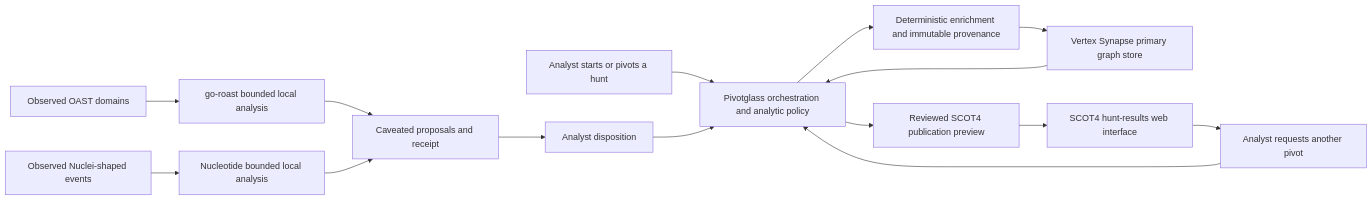
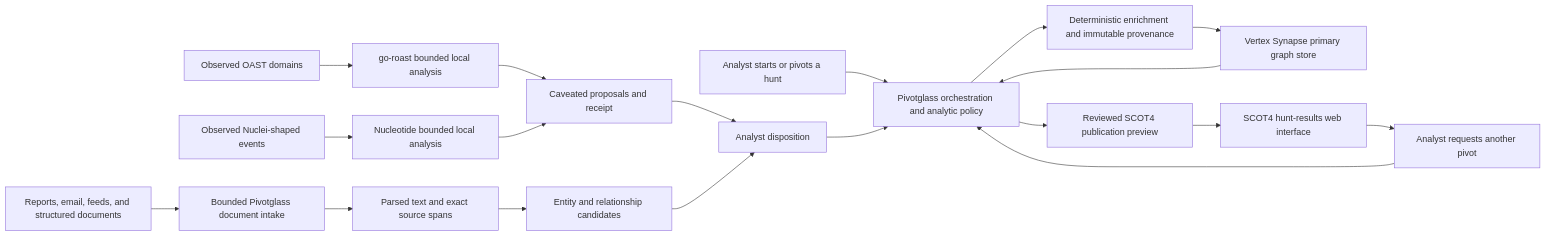
Before and after one commit to jarocki/pivotglass: the diagram in docs/EXTERNAL_INTEGRATIONS.md, drawn with Mermaid. The commit also changed other lines of this file and 5 other files, not shown here.

````diff
--- a/docs/EXTERNAL_INTEGRATIONS.md
+++ b/docs/EXTERNAL_INTEGRATIONS.md
@@ -30,17 +35,21 @@
 ```mermaid
 flowchart LR
     A["Analyst starts or pivots a hunt"] --> P["Pivotglass orchestration and analytic policy"]
     P --> E["Deterministic enrichment and immutable provenance"]
     E --> S["Vertex Synapse primary graph store"]
     S --> P
     P --> V["Reviewed SCOT4 publication preview"]
     V --> C["SCOT4 hunt-results web interface"]
     C --> R["Analyst requests another pivot"]
     R --> P
     O["Observed OAST domains"] --> G["go-roast bounded local analysis"]
     N["Observed Nuclei-shaped events"] --> U["Nucleotide bounded local analysis"]
     G --> D["Caveated proposals and receipt"]
     U --> D
     D --> H["Analyst disposition"]
     H --> P
+    X["Reports, email, feeds, and structured documents"] --> I["Bounded Pivotglass document intake"]
+    I --> T["Parsed text and exact source spans"]
+    T --> Q["Entity and relationship candidates"]
+    Q --> H
 ```
````
